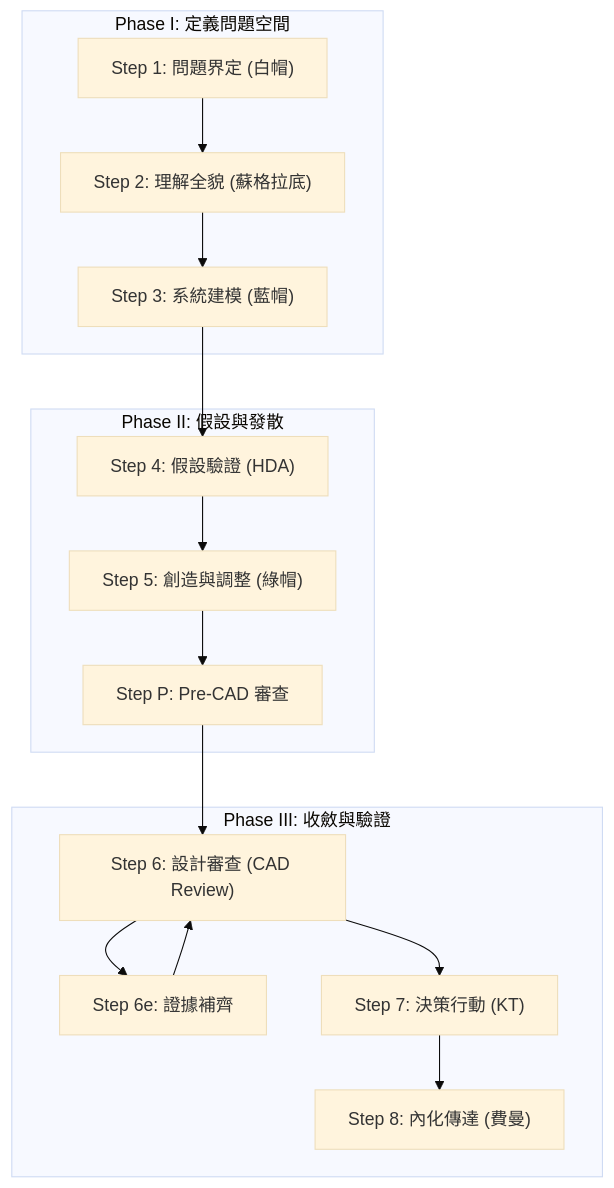
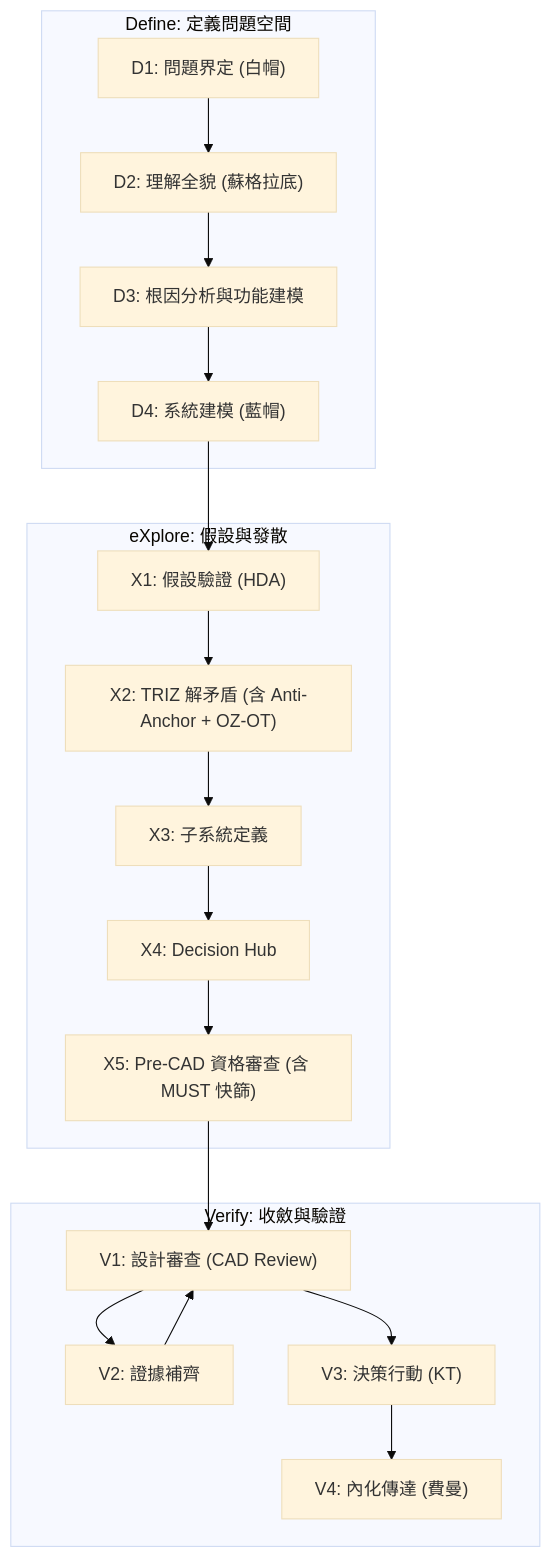
The diagram in docs/_domain-knowledge/DK-01--design-philosophy-and-process.md (Zenobia0000/RD_copilot_system), drawn with Mermaid (base theme) before and after one commit. The commit also changed other lines of this file and 45 other files, not shown here.

````diff
--- a/docs/_domain-knowledge/DK-01--design-philosophy-and-process.md
+++ b/docs/_domain-knowledge/DK-01--design-philosophy-and-process.md
@@ -140,23 +148,26 @@
 ```mermaid
 graph TD
-    subgraph PhaseI ["Phase I: 定義問題空間"]
-        S1["Step 1: 問題界定 (白帽)"] --> S2["Step 2: 理解全貌 (蘇格拉底)"]
-        S2 --> S3["Step 3: 系統建模 (藍帽)"]
+    subgraph Define ["Define: 定義問題空間"]
+        S1["D1: 問題界定 (白帽)"] --> S2["D2: 理解全貌 (蘇格拉底)"]
+        S2 --> S2b["D3: 根因分析與功能建模"]
+        S2b --> S3["D4: 系統建模 (藍帽)"]
     end
-    subgraph PhaseII ["Phase II: 假設與發散"]
-        S4["Step 4: 假設驗證 (HDA)"]
-        S5["Step 5: 創造與調整 (綠帽)"]
-        SP["Step P: Pre-CAD 審查"]
-        S4 --> S5 --> SP
+    subgraph Explore ["eXplore: 假設與發散"]
+        S4["X1: 假設驗證 (HDA)"]
+        S5["X2: TRIZ 解矛盾 (含 Anti-Anchor + OZ-OT)"]
+        S5b["X3: 子系統定義"]
+        S5d["X4: Decision Hub"]
+        SP["X5: Pre-CAD 資格審查 (含 MUST 快篩)"]
+        S4 --> S5 --> S5b --> S5d --> SP
     end
-    subgraph PhaseIII ["Phase III: 收斂與驗證"]
-        S6["Step 6: 設計審查 (CAD Review)"]
-        S6e["Step 6e: 證據補齊"]
-        S7["Step 7: 決策行動 (KT)"]
-        S8["Step 8: 內化傳達 (費曼)"]
+    subgraph Verify ["Verify: 收斂與驗證"]
+        S6["V1: 設計審查 (CAD Review)"]
+        S6e["V2: 證據補齊"]
+        S7["V3: 決策行動 (KT)"]
+        S8["V4: 內化傳達 (費曼)"]
         SP --> S6
         S6 --> S6e --> S6
         S6 --> S7 --> S8
     end
     S3 --> S4
 ```
````
